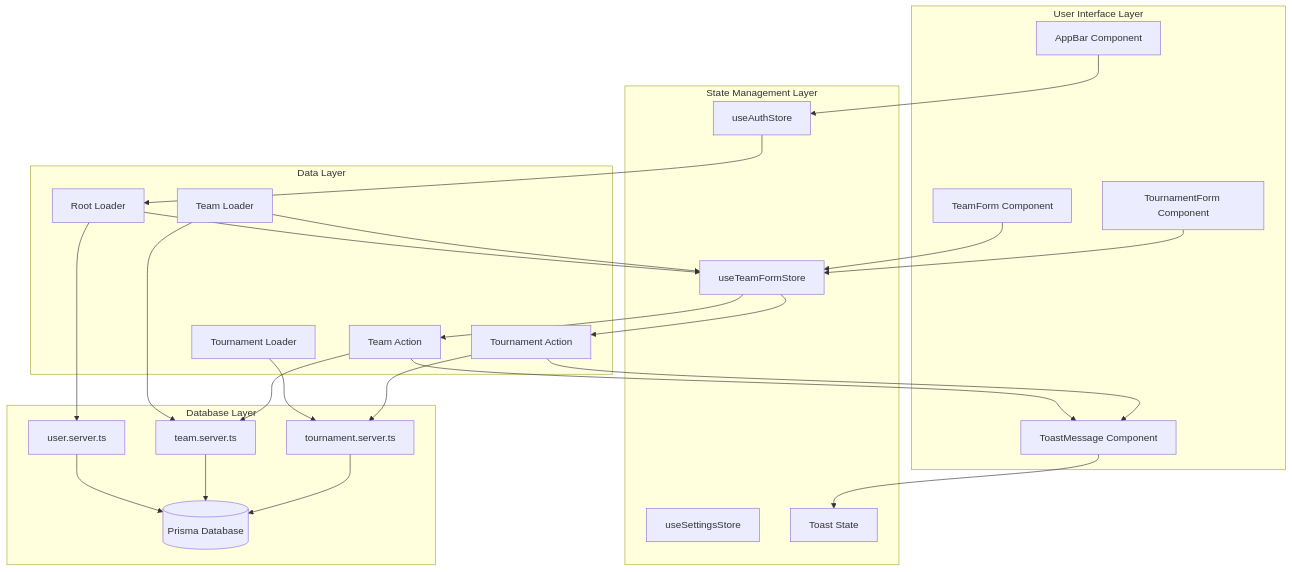
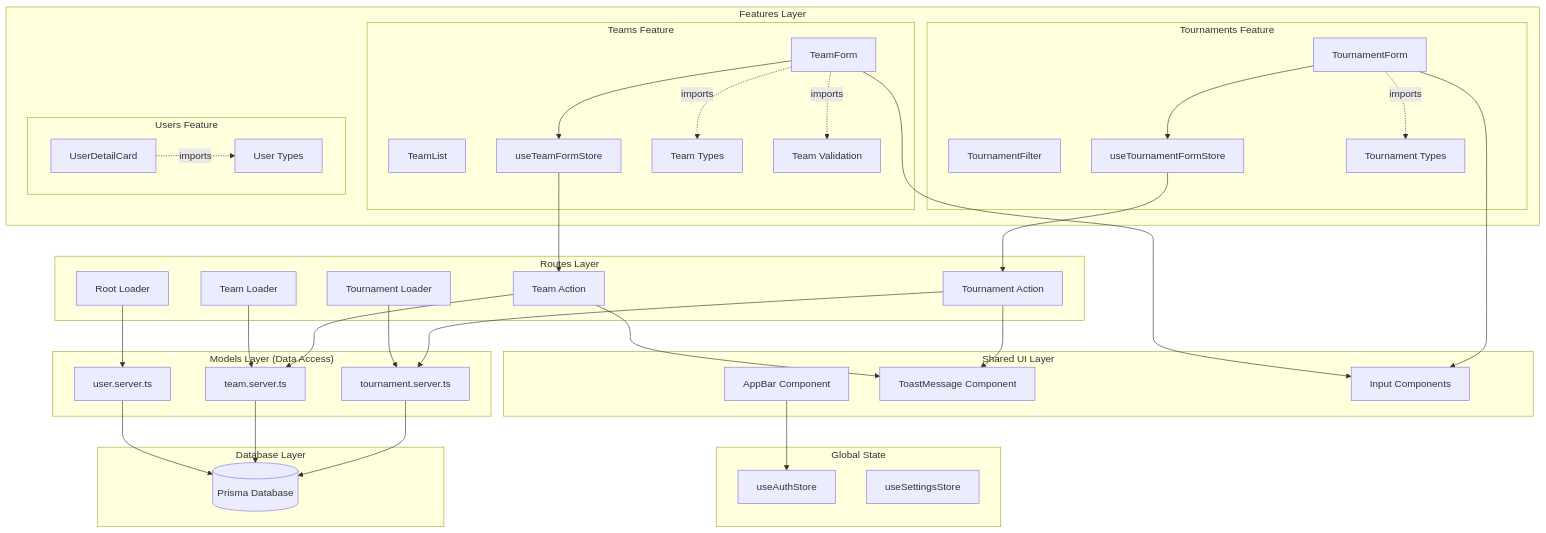
Before and after one commit to madrus/tournado: the second of 17 diagrams in docs/development/architecture-analysis.md, drawn with Mermaid. The commit also changed other lines of this file and 5 other files, not shown here.

````diff
--- a/docs/development/architecture-analysis.md
+++ b/docs/development/architecture-analysis.md
@@ -71,20 +71,39 @@
 ```mermaid
 graph TD
-    subgraph "User Interface Layer"
+    subgraph "Shared UI Layer"
         AppBar[AppBar Component]
-        TeamForm[TeamForm Component]
-        TournamentForm[TournamentForm Component]
         Toast[ToastMessage Component]
+        Inputs[Input Components]
     end
 
-    subgraph "State Management Layer"
-        AuthStore[useAuthStore]
-        TeamFormStore[useTeamFormStore]
-        SettingsStore[useSettingsStore]
-        ToastState[Toast State]
+    subgraph "Features Layer"
+        subgraph "Teams Feature"
+            TeamForm[TeamForm]
+            TeamList[TeamList]
+            TeamFormStore[useTeamFormStore]
+            TeamTypes[Team Types]
+            TeamValidation[Team Validation]
+        end
+
+        subgraph "Tournaments Feature"
+            TournamentForm[TournamentForm]
+            TournamentFilter[TournamentFilter]
+            TournamentFormStore[useTournamentFormStore]
+            TournamentTypes[Tournament Types]
+        end
+
+        subgraph "Users Feature"
+            UserDetailCard[UserDetailCard]
+            UserTypes[User Types]
+        end
     end
 
-    subgraph "Data Layer"
+    subgraph "Global State"
+        AuthStore[useAuthStore]
+        SettingsStore[useSettingsStore]
+    end
+
+    subgraph "Routes Layer"
         RootLoader[Root Loader]
         TeamLoader[Team Loader]
         TournamentLoader[Tournament Loader]
@@ -92,43 +111,48 @@
         TournamentAction[Tournament Action]
     end
 
-    subgraph "Database Layer"
+    subgraph "Models Layer (Data Access)"
         UserModel[user.server.ts]
         TeamModel[team.server.ts]
         TournamentModel[tournament.server.ts]
+    end
+
+    subgraph "Database Layer"
         PrismaDB[(Prisma Database)]
     end
 
-    %% User interactions
+    %% Shared components to global state
     AppBar --> AuthStore
+
+    %% Feature components to feature stores
     TeamForm --> TeamFormStore
-    TournamentForm --> TeamFormStore
+    TeamForm --> Inputs
+    TournamentForm --> TournamentFormStore
+    TournamentForm --> Inputs
 
-    %% Data flow
-    AuthStore --> RootLoader
+    %% Feature stores to routes
     TeamFormStore --> TeamAction
-    TeamFormStore --> TournamentAction
+    TournamentFormStore --> TournamentAction
 
-    %% Loader connections
+    %% Routes to models
     RootLoader --> UserModel
     TeamLoader --> TeamModel
     TournamentLoader --> TournamentModel
-
-    %% Actions to models
     TeamAction --> TeamModel
     TournamentAction --> TournamentModel
 
-    %% Database connections
+    %% Models to database
     UserModel --> PrismaDB
     TeamModel --> PrismaDB
     TournamentModel --> PrismaDB
 
-    %% Feedback loop
+    %% Feedback loops
     TeamAction --> Toast
     TournamentAction --> Toast
-    Toast --> ToastState
 
-    %% Store synchronization
-    RootLoader --> TeamFormStore
-    TeamLoader --> TeamFormStore
+    %% Type dependencies (dashed - compile time only)
+    TeamForm -.->|imports| TeamTypes
+    TeamForm -.->|imports| TeamValidation
+    TournamentForm -.->|imports| TournamentTypes
+    UserDetailCard -.->|imports| UserTypes
 ```
````
